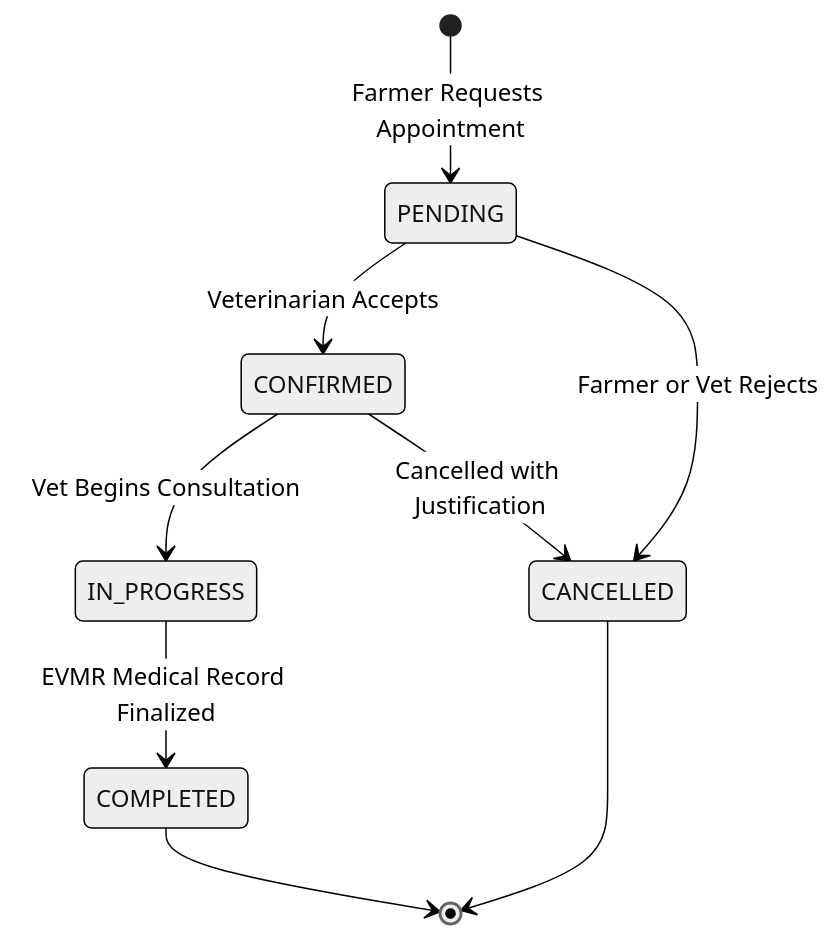
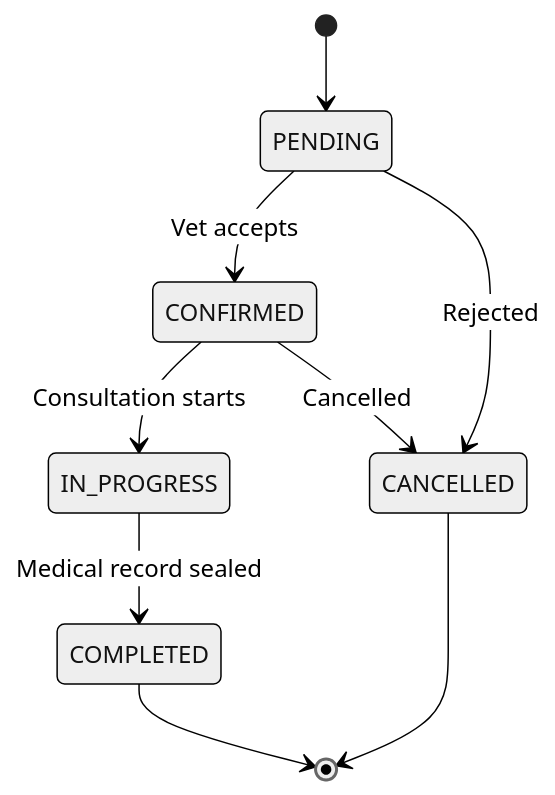
Before and after one commit to omrajput14/vetra-backend: the second of 2 diagrams in README.md, drawn with Mermaid (neutral theme). The commit also changed other lines of this file, not shown here.

````diff
--- a/README.md
+++ b/README.md
@@ -222,11 +95,11 @@
 ```mermaid
 stateDiagram-v2
-    [*] --> PENDING: Farmer Requests Appointment
-    PENDING --> CONFIRMED: Veterinarian Accepts
-    PENDING --> CANCELLED: Farmer or Vet Rejects
-    CONFIRMED --> IN_PROGRESS: Vet Begins Consultation
-    CONFIRMED --> CANCELLED: Cancelled with Justification
-    IN_PROGRESS --> COMPLETED: EVMR Medical Record Finalized
+    [*] --> PENDING
+    PENDING --> CONFIRMED: Vet accepts
+    PENDING --> CANCELLED: Rejected
+    CONFIRMED --> IN_PROGRESS: Consultation starts
+    CONFIRMED --> CANCELLED: Cancelled
+    IN_PROGRESS --> COMPLETED: Medical record sealed
     COMPLETED --> [*]
     CANCELLED --> [*]
 ```
````
